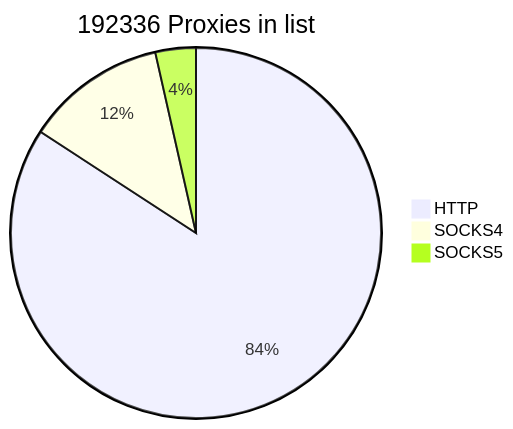
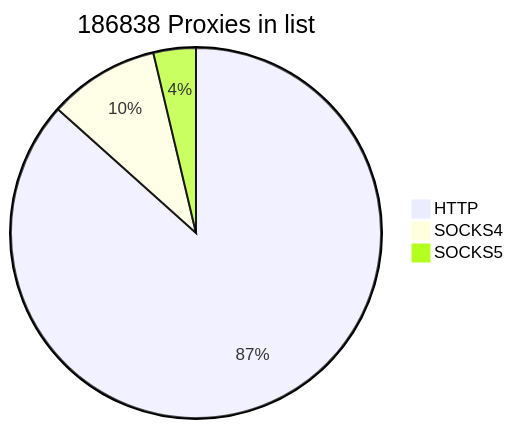
The first of 2 diagrams in README.md (cutipu/proxylist), drawn with Mermaid before and after one commit. The commit also changed other lines of this file, not shown here.

````diff
--- a/README.md
+++ b/README.md
@@ -2,7 +2,7 @@
 ```mermaid
-pie title 192336 Proxies in list
-    "HTTP" : 161919
-    "SOCKS4" : 23621
-    "SOCKS5" : 6796
+pie title 186838 Proxies in list
+    "HTTP" : 161855
+    "SOCKS4" : 18061
+    "SOCKS5" : 6922
             
 ```
````
